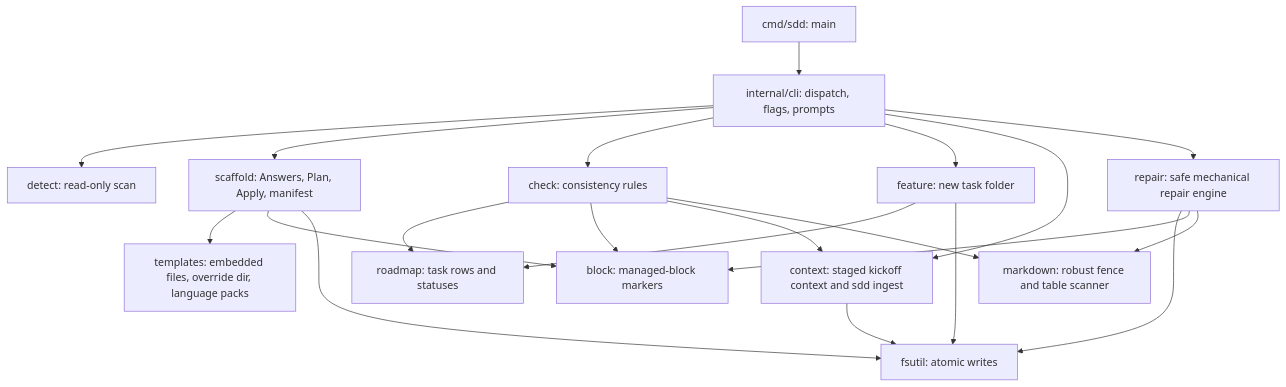
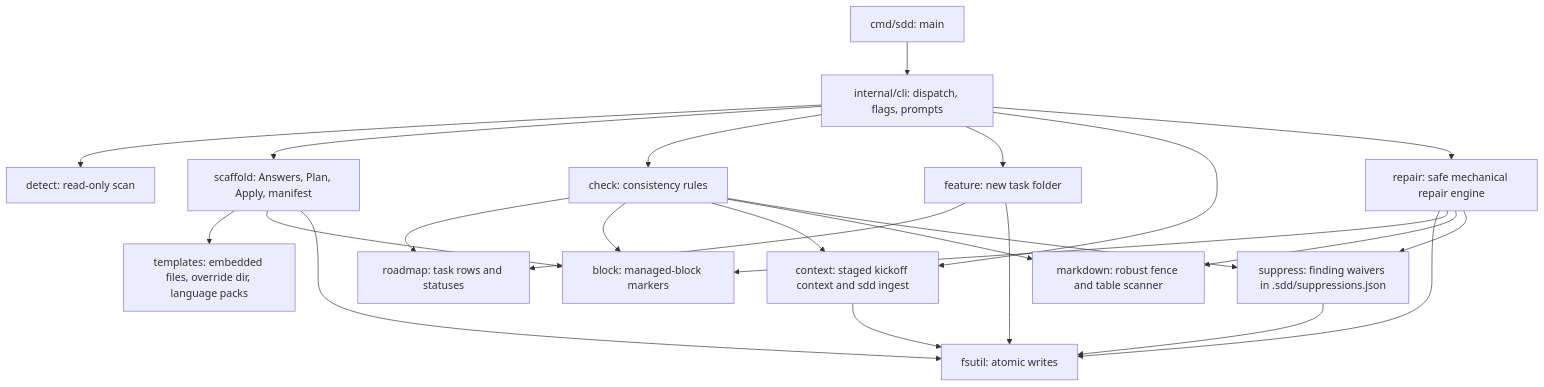
One commit to vikashkumar21/sdd changed the diagram in TECH_STACK.md. Above: the diagram before and after it, drawn with Mermaid. The commit also changed other lines of this file and 13 other files, not shown here.

Commit message:
feat(suppress): add finding suppressions and baseline waiver register (T-019)

````diff
--- a/TECH_STACK.md
+++ b/TECH_STACK.md
@@ -38,23 +38,26 @@
 ```mermaid
 flowchart TD
     M["cmd/sdd: main"] --> C["internal/cli: dispatch, flags, prompts"]
     C --> D["detect: read-only scan"]
     C --> S["scaffold: Answers, Plan, Apply, manifest"]
     S --> T["templates: embedded files, override dir, language packs"]
     S --> B["block: managed-block markers"]
     S --> U["fsutil: atomic writes"]
     C --> K["check: consistency rules"]
     K --> R["roadmap: task rows and statuses"]
     K --> B
     C --> F["feature: new task folder"]
     F --> R
     F --> U
     C --> X["context: staged kickoff context and sdd ingest"]
     X --> U
     K --> X
     K --> P["markdown: robust fence and table scanner"]
+    K --> W["suppress: finding waivers in .sdd/suppressions.json"]
     C --> Y["repair: safe mechanical repair engine"]
     Y --> U
     Y --> B
     Y --> P
+    Y --> W
+    W --> U
 ```
````
